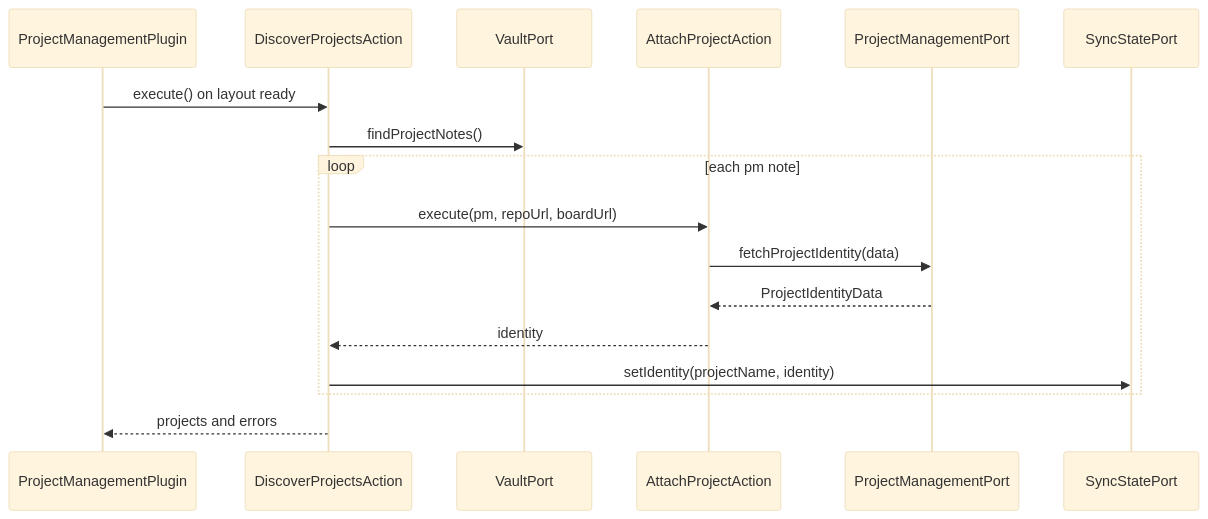
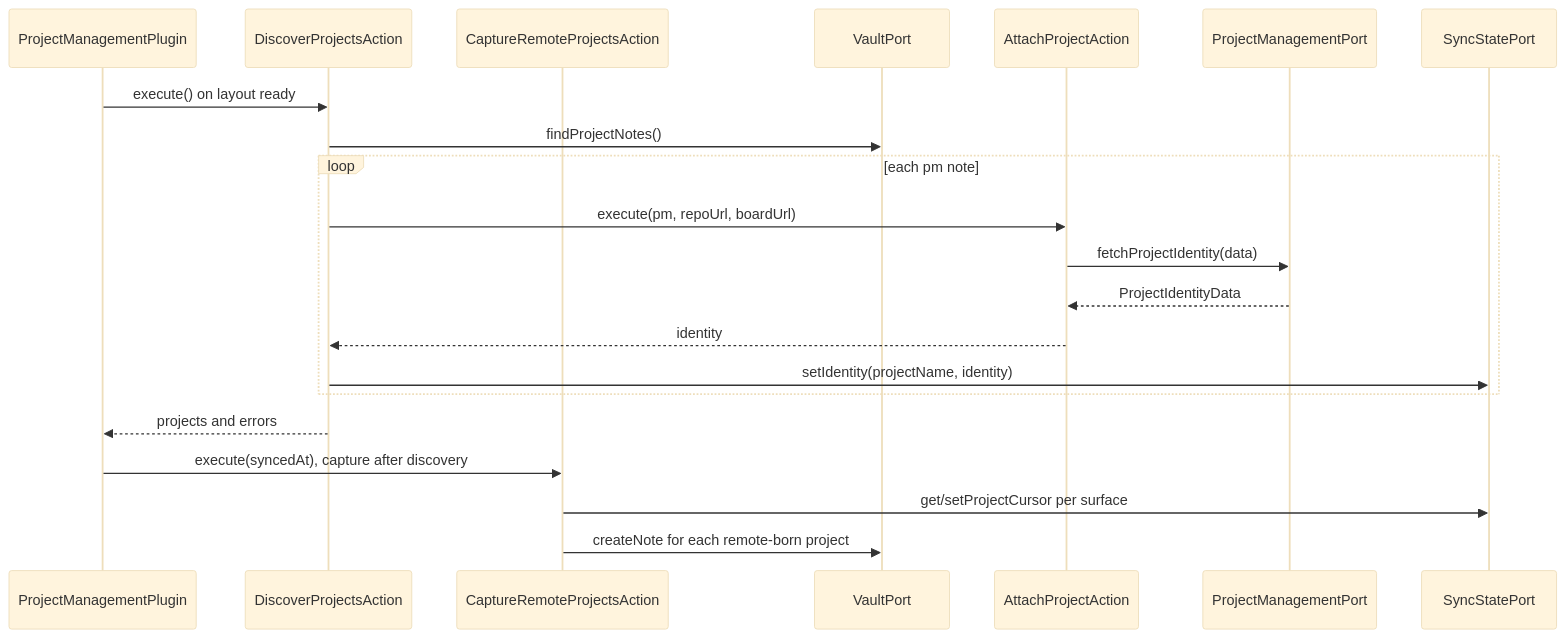
One commit to 99linesofcode/obsidian-project-management changed diagram 24 of 25 in docs/developer-manual.md. Above: the diagram before and after it, drawn with Mermaid (base theme). The commit also changed other lines of this file and 32 other files, not shown here.

````diff
--- a/docs/developer-manual.md
+++ b/docs/developer-manual.md
@@ -818,20 +989,24 @@
 ```mermaid
 sequenceDiagram
   participant P as ProjectManagementPlugin
   participant D as DiscoverProjectsAction
+  participant Cap as CaptureRemoteProjectsAction
   participant V as VaultPort
   participant A as AttachProjectAction
   participant PM as ProjectManagementPort
   participant SS as SyncStatePort
 
   P->>D: execute() on layout ready
   D->>V: findProjectNotes()
   loop each pm note
     D->>A: execute(pm, repoUrl, boardUrl)
     A->>PM: fetchProjectIdentity(data)
     PM-->>A: ProjectIdentityData
     A-->>D: identity
     D->>SS: setIdentity(projectName, identity)
   end
   D-->>P: projects and errors
+  P->>Cap: execute(syncedAt), capture after discovery
+  Cap->>SS: get/setProjectCursor per surface
+  Cap->>V: createNote for each remote-born project
 ```
````
